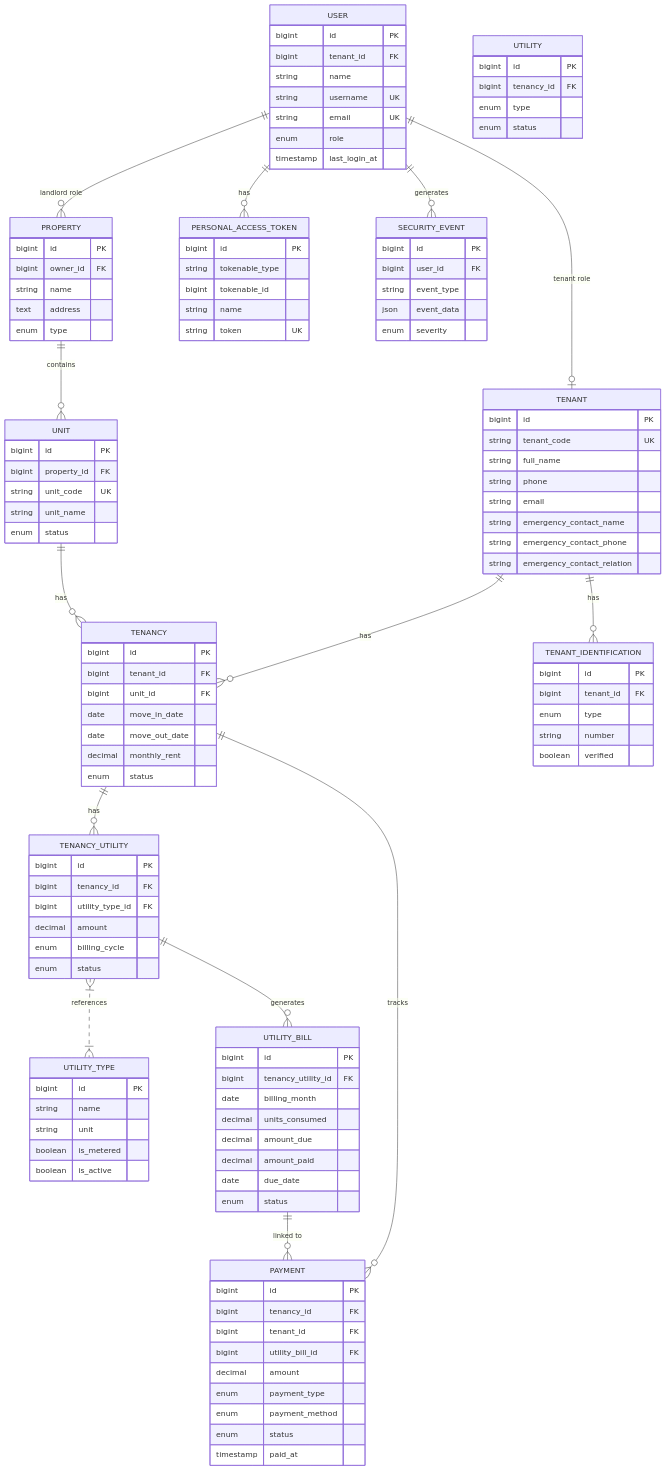
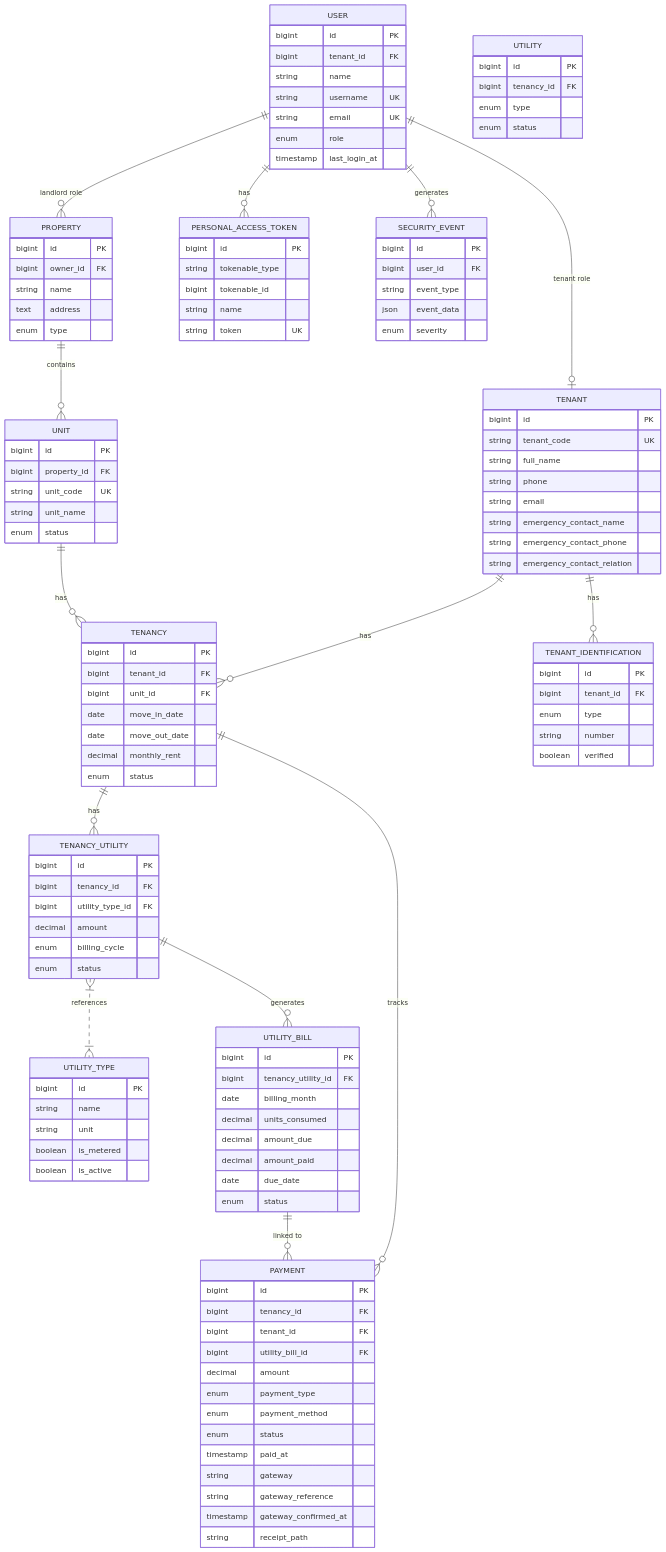
Before and after one commit to luisosena/estate: the second of 2 diagrams in docs/projectsummary/DATABASE_SCHEMA.md, drawn with Mermaid. The commit also changed other lines of this file and 7 other files, not shown here.

```diff
--- a/docs/projectsummary/DATABASE_SCHEMA.md
+++ b/docs/projectsummary/DATABASE_SCHEMA.md
@@ -724,6 +745,10 @@
         enum payment_method
         enum status
         timestamp paid_at
+        string gateway
+        string gateway_reference
+        timestamp gateway_confirmed_at
+        string receipt_path
     }
     
     UTILITY_TYPE {
```
